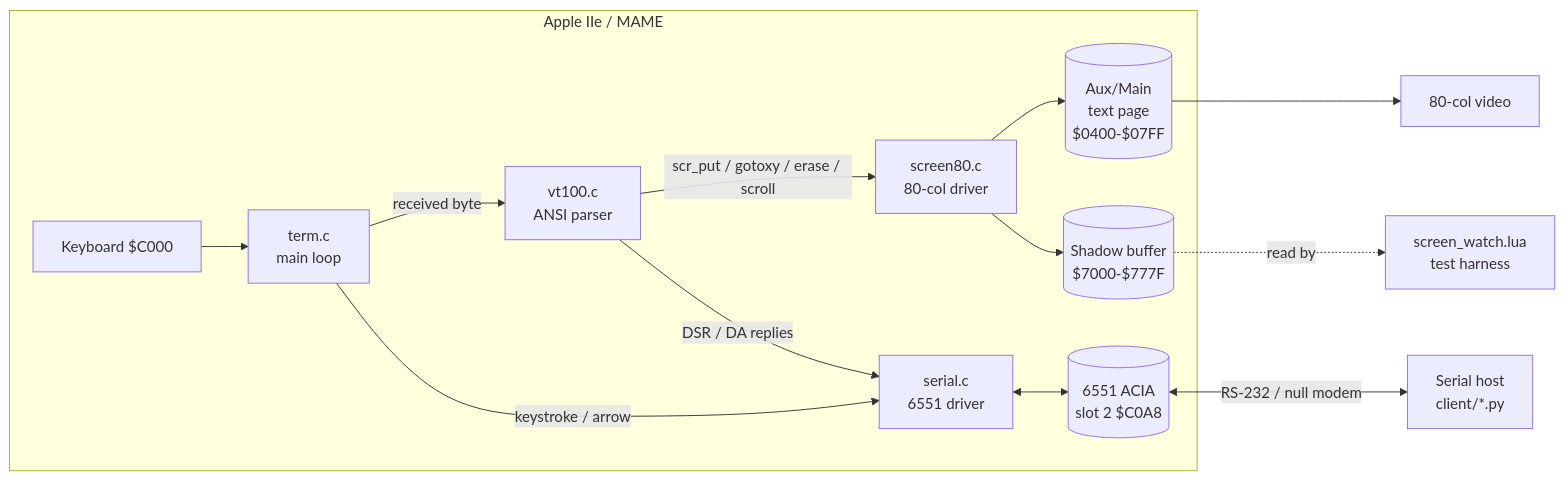
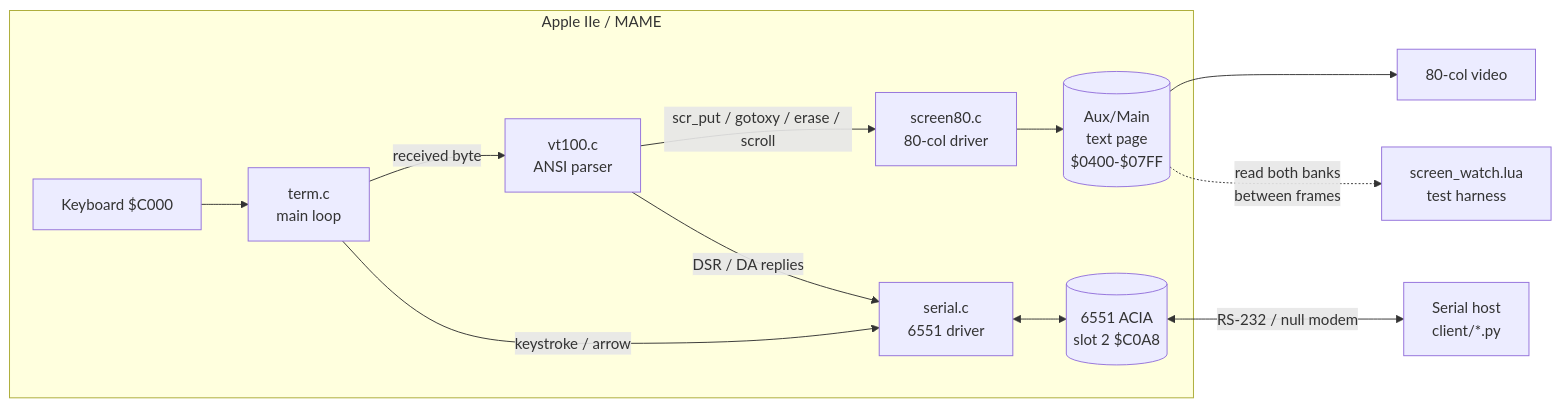
The first of 2 diagrams in vt100-term-c/docs/ARCHITECTURE.md (tomdriley/apple2e-projects), drawn with Mermaid before and after one commit. The commit also changed other lines of this file and 11 other files, not shown here.

````diff
--- a/vt100-term-c/docs/ARCHITECTURE.md
+++ b/vt100-term-c/docs/ARCHITECTURE.md
@@ -9,16 +9,15 @@
 ```mermaid
 flowchart LR
     subgraph Apple IIe / MAME
         KBD[Keyboard $C000] --> TERM
         TERM[term.c<br/>main loop] -->|received byte| VT[vt100.c<br/>ANSI parser]
         VT -->|scr_put / gotoxy / erase / scroll| SCR[screen80.c<br/>80-col driver]
         SCR --> AUX[(Aux/Main<br/>text page<br/>$0400-$07FF)]
-        SCR --> SHADOW[(Shadow buffer<br/>$7000-$777F)]
         TERM -->|keystroke / arrow| SER[serial.c<br/>6551 driver]
         VT -->|DSR / DA replies| SER
         SER <--> ACIA[(6551 ACIA<br/>slot 2 $C0A8)]
     end
     ACIA <-->|RS-232 / null modem| HOST[Serial host<br/>client/*.py]
     AUX --> VIDEO[80-col video]
-    SHADOW -.read by.-> LUA[screen_watch.lua<br/>test harness]
+    AUX -.read both banks<br/>between frames.-> LUA[screen_watch.lua<br/>test harness]
 ```
````
